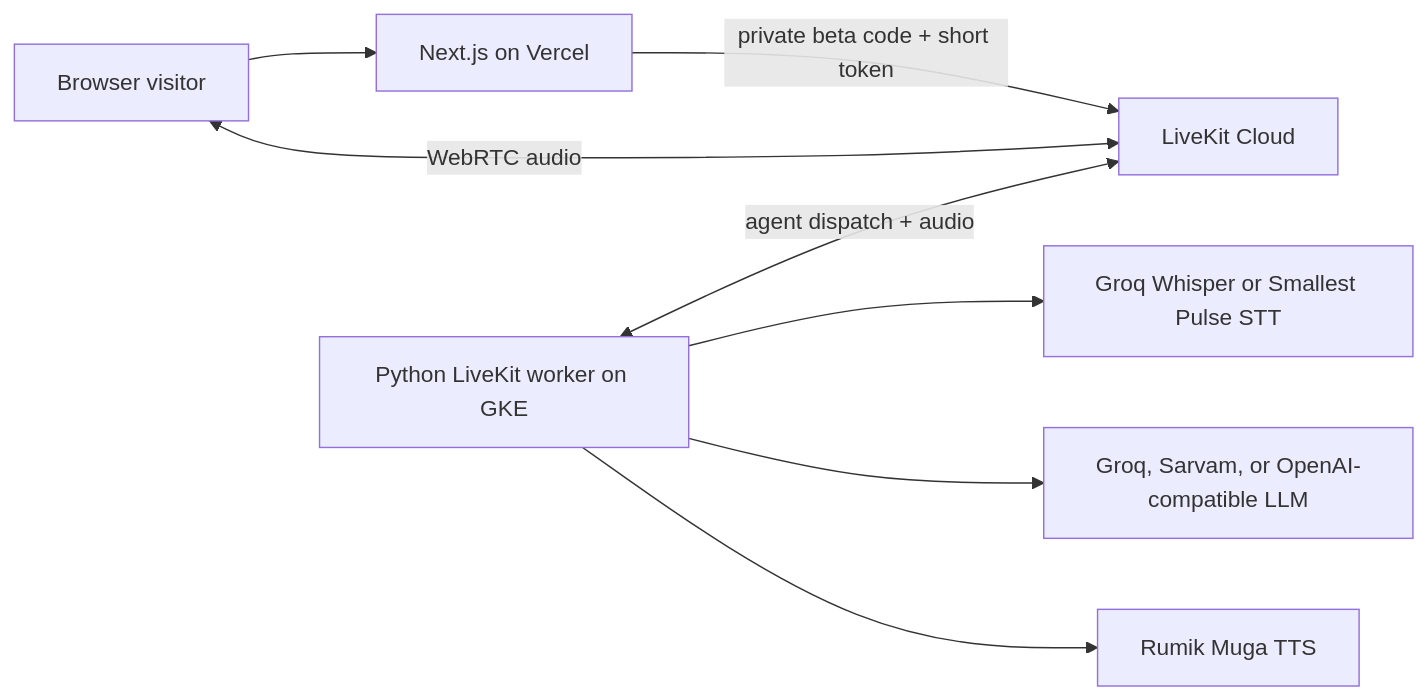
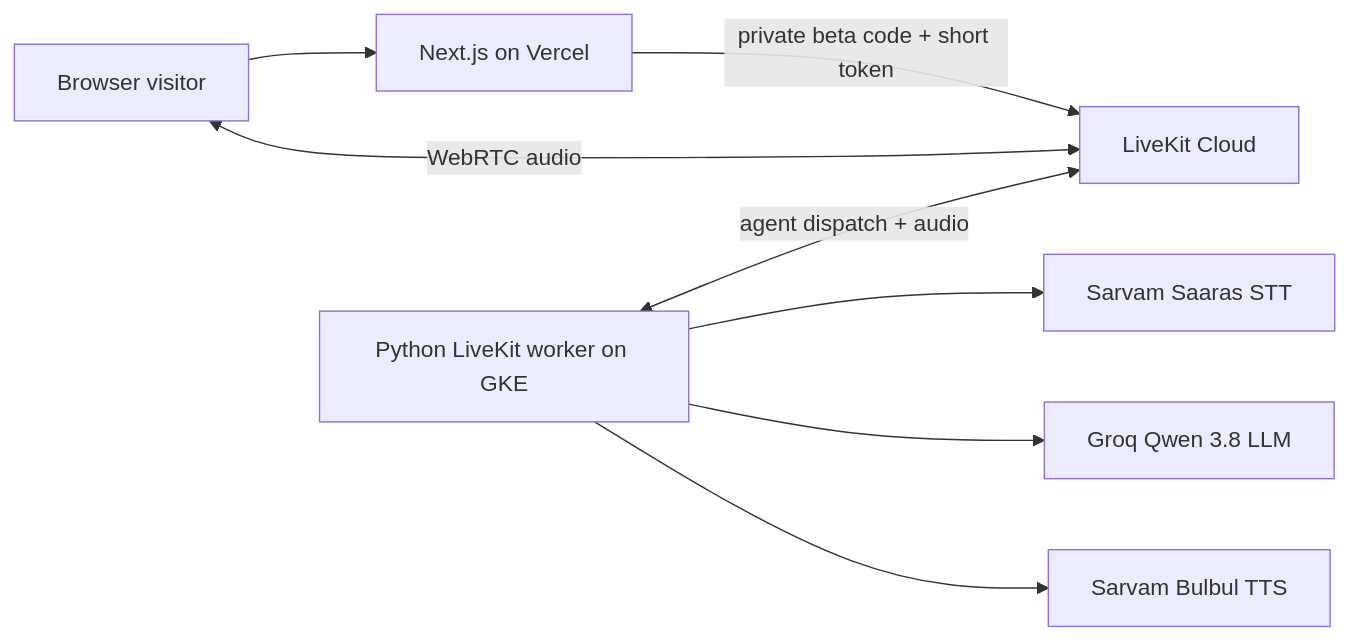
Before and after one commit to PJNoob/yojnapath: the diagram in README.md, drawn with Mermaid. The commit also changed other lines of this file and 15 other files, not shown here.

Commit message:
Use Groq LLM and Sarvam speech for YojnaPath

````diff
--- a/README.md
+++ b/README.md
@@ -9,10 +9,10 @@
 ```mermaid
 flowchart LR
     Visitor[Browser visitor] --> Web[Next.js on Vercel]
     Web -->|private beta code + short token| LiveKit[LiveKit Cloud]
     Visitor <-->|WebRTC audio| LiveKit
     Worker[Python LiveKit worker on GKE] <-->|agent dispatch + audio| LiveKit
-    Worker --> STT[Groq Whisper or Smallest Pulse STT]
-    Worker --> LLM[Groq, Sarvam, or OpenAI-compatible LLM]
-    Worker --> TTS[Rumik Muga TTS]
+    Worker --> STT[Sarvam Saaras STT]
+    Worker --> LLM[Groq Qwen 3.8 LLM]
+    Worker --> TTS[Sarvam Bulbul TTS]
 ```
````
